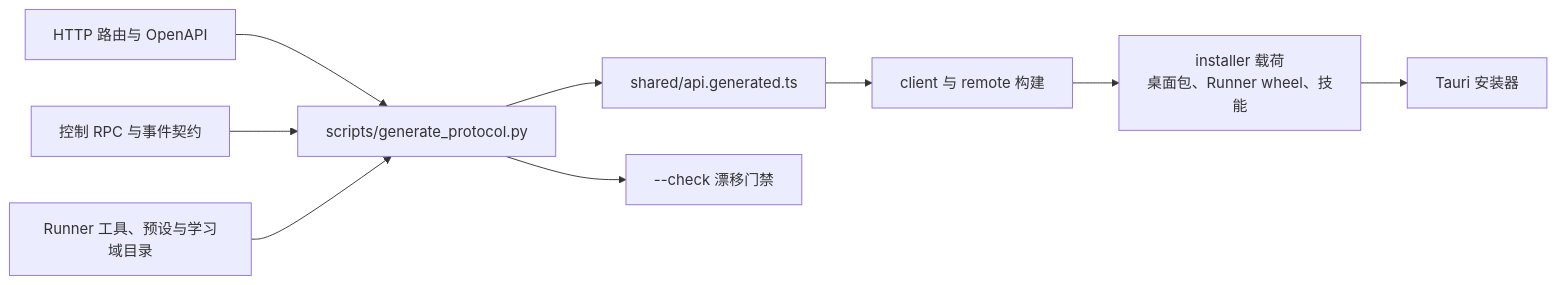
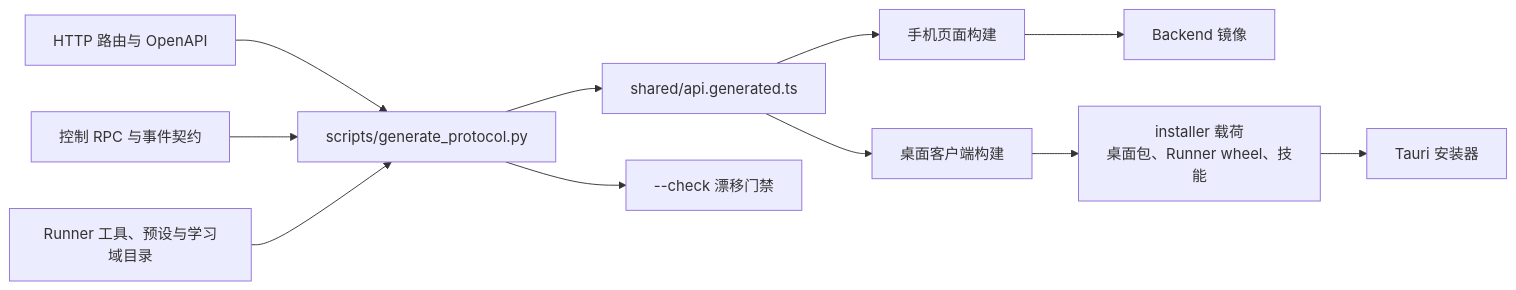
One commit to yangjinming1062/SpiritAgent changed the fourth of 7 diagrams in docs/ARCHITECTURE_MAP.md. Above: the diagram before and after it, drawn with Mermaid. The commit also changed other lines of this file and 18 other files, not shown here.

First line of the commit message:
docs(docs): 用图表介绍伙伴功能与使用入口，合并跨模块重复说明

````diff
--- a/docs/ARCHITECTURE_MAP.md
+++ b/docs/ARCHITECTURE_MAP.md
@@ -101,11 +94,13 @@
 ```mermaid
 flowchart LR
     OpenAPI[HTTP 路由与 OpenAPI] --> Gen[scripts/generate_protocol.py]
     RPC[控制 RPC 与事件契约] --> Gen
     RunnerC[Runner 工具、预设与学习域目录] --> Gen
     Gen --> TS[shared/api.generated.ts]
     Gen --> Gate["--check 漂移门禁"]
-    TS --> Builds[client 与 remote 构建]
+    TS --> DesktopBuild[桌面客户端构建]
+    TS --> RemoteBuild[手机页面构建]
+    RemoteBuild --> BackendImage[Backend 镜像]
     Payload[installer 载荷<br/>桌面包、Runner wheel、技能] --> Setup[Tauri 安装器]
-    Builds --> Payload
+    DesktopBuild --> Payload
 ```
````
